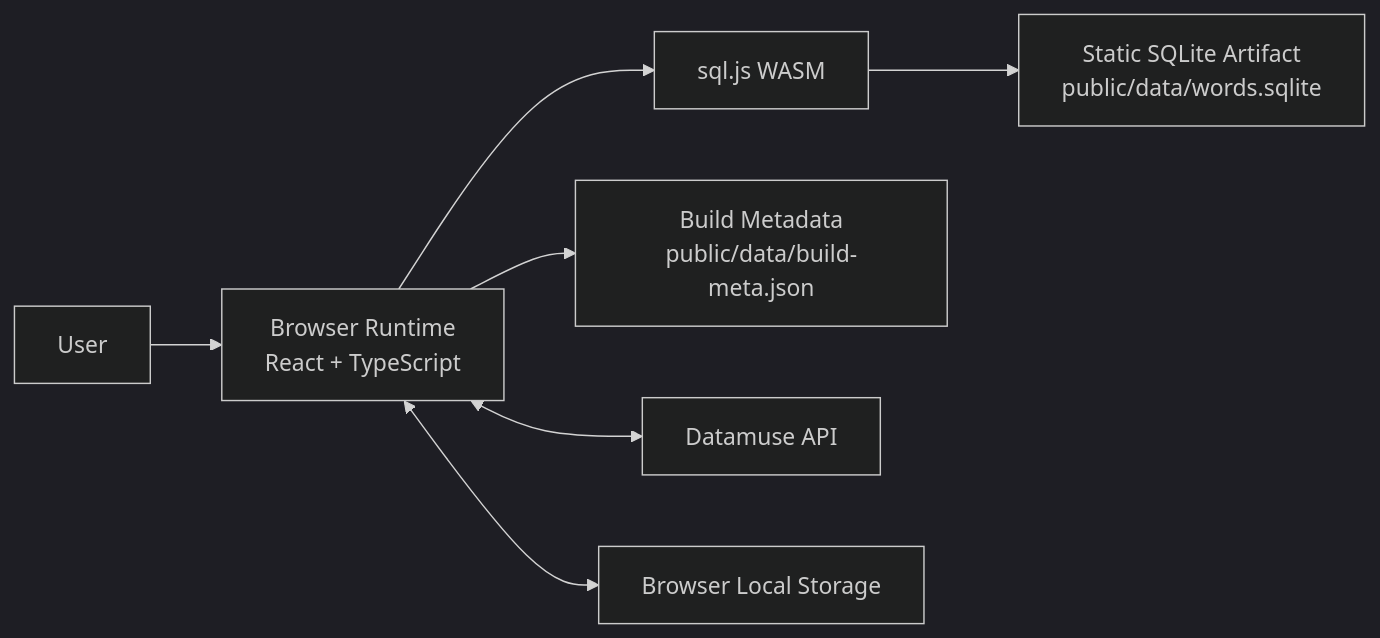
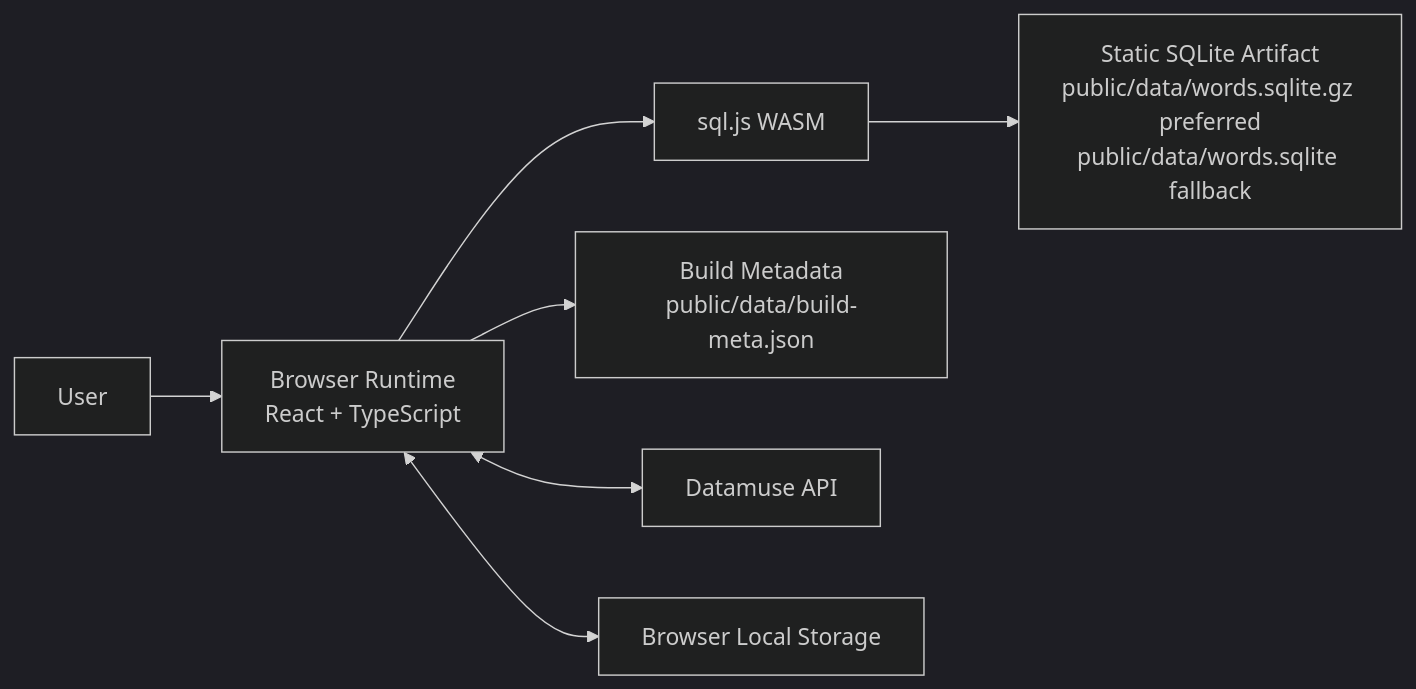
The first of 14 diagrams in docs/architecture.md (danysdragons/random-words), drawn with Mermaid (dark theme) before and after one commit. The commit also changed other lines of this file and 5 other files, not shown here.

````diff
--- a/docs/architecture.md
+++ b/docs/architecture.md
@@ -9,17 +9,17 @@
 ```mermaid
 flowchart LR
   User["User"]
   Browser["Browser Runtime<br/>React + TypeScript"]
   SQLiteWasm["sql.js WASM"]
-  WordDb["Static SQLite Artifact<br/>public/data/words.sqlite"]
+  WordDb["Static SQLite Artifact<br/>public/data/words.sqlite.gz preferred<br/>public/data/words.sqlite fallback"]
   BuildMeta["Build Metadata<br/>public/data/build-meta.json"]
   Datamuse["Datamuse API"]
   LocalStorage["Browser Local Storage"]
 
   User --> Browser
   Browser --> SQLiteWasm
   SQLiteWasm --> WordDb
   Browser --> BuildMeta
   Browser <--> LocalStorage
   Browser <--> Datamuse
 ```
````
